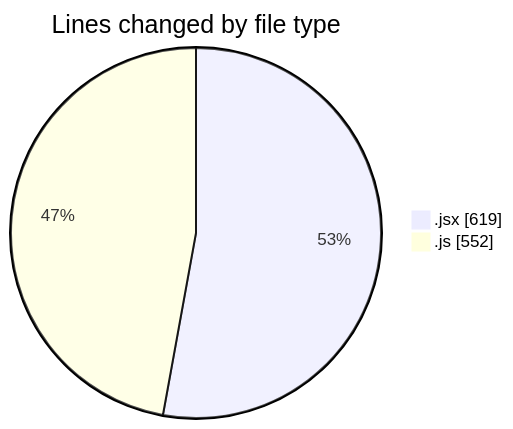
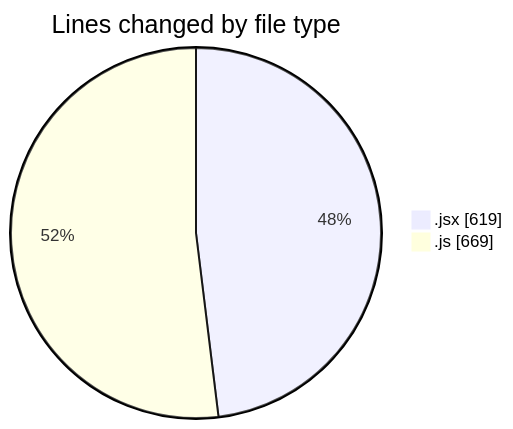
Before and after one commit to nxtqubesakshisongat/code-tracking: the first of 2 diagrams in 2025-11-14/argos/README.md, drawn with Mermaid. The commit also changed other lines of this file and 1 other file, not shown here.

````diff
--- a/2025-11-14/argos/README.md
+++ b/2025-11-14/argos/README.md
@@ -24,6 +25,6 @@
 ```mermaid
 pie showData
 title Lines changed by file type
 ".jsx" : 619
-".js" : 552
+".js" : 669
 ```
````
